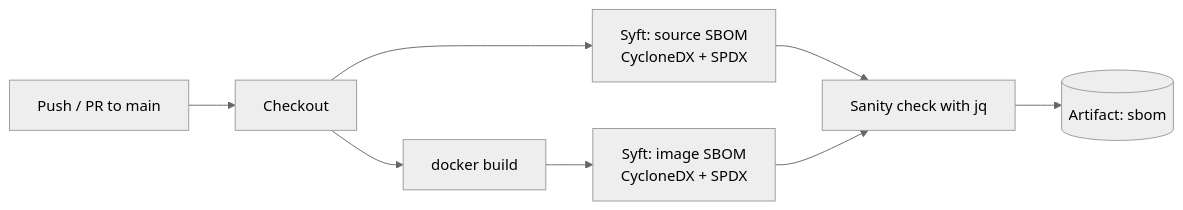
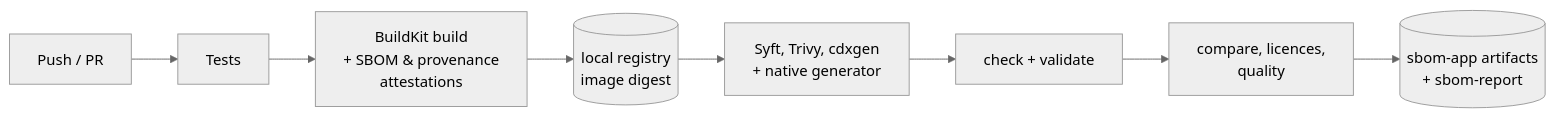
The second of 3 diagrams in docs/SECURITY-CHECKS.md (jotavare/sbom-poc), drawn with Mermaid (neutral theme) before and after one commit. The commit also changed other lines of this file and 27 other files, not shown here.

First line of the commit message:
feat: apply SBOM review fixes (security, licences, identity)

````diff
--- a/docs/SECURITY-CHECKS.md
+++ b/docs/SECURITY-CHECKS.md
@@ -79,10 +79,10 @@
 ```mermaid
 flowchart LR
-  push[Push / PR to main] --> co[Checkout]
-  co --> s1[Syft: source SBOM<br/>CycloneDX + SPDX]
-  co --> bld[docker build]
-  bld --> s2[Syft: image SBOM<br/>CycloneDX + SPDX]
-  s1 --> chk[Sanity check with jq]
-  s2 --> chk
-  chk --> art[(Artifact: sbom)]
+  push[Push / PR] --> t[Tests]
+  t --> b[BuildKit build<br/>+ SBOM & provenance<br/>attestations]
+  b --> r[(local registry<br/>image digest)]
+  r --> g[Syft, Trivy, cdxgen<br/>+ native generator]
+  g --> c[check + validate]
+  c --> s[compare, licences,<br/>quality]
+  s --> a[(sbom-app artifacts<br/>+ sbom-report)]
 ```
````
